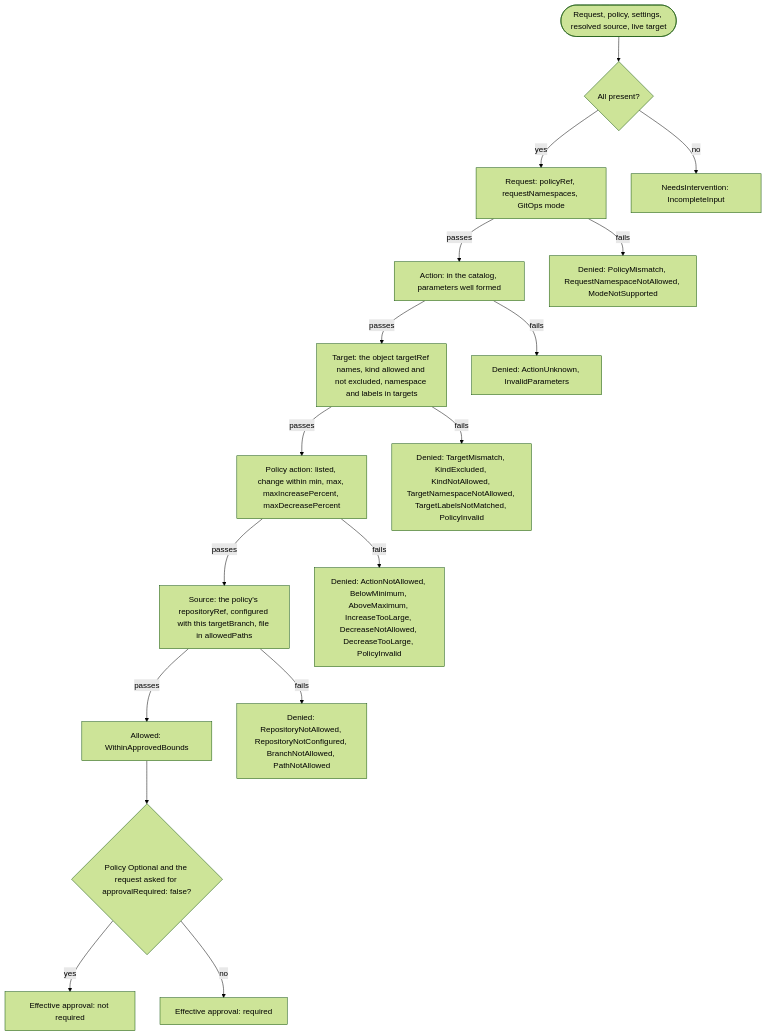
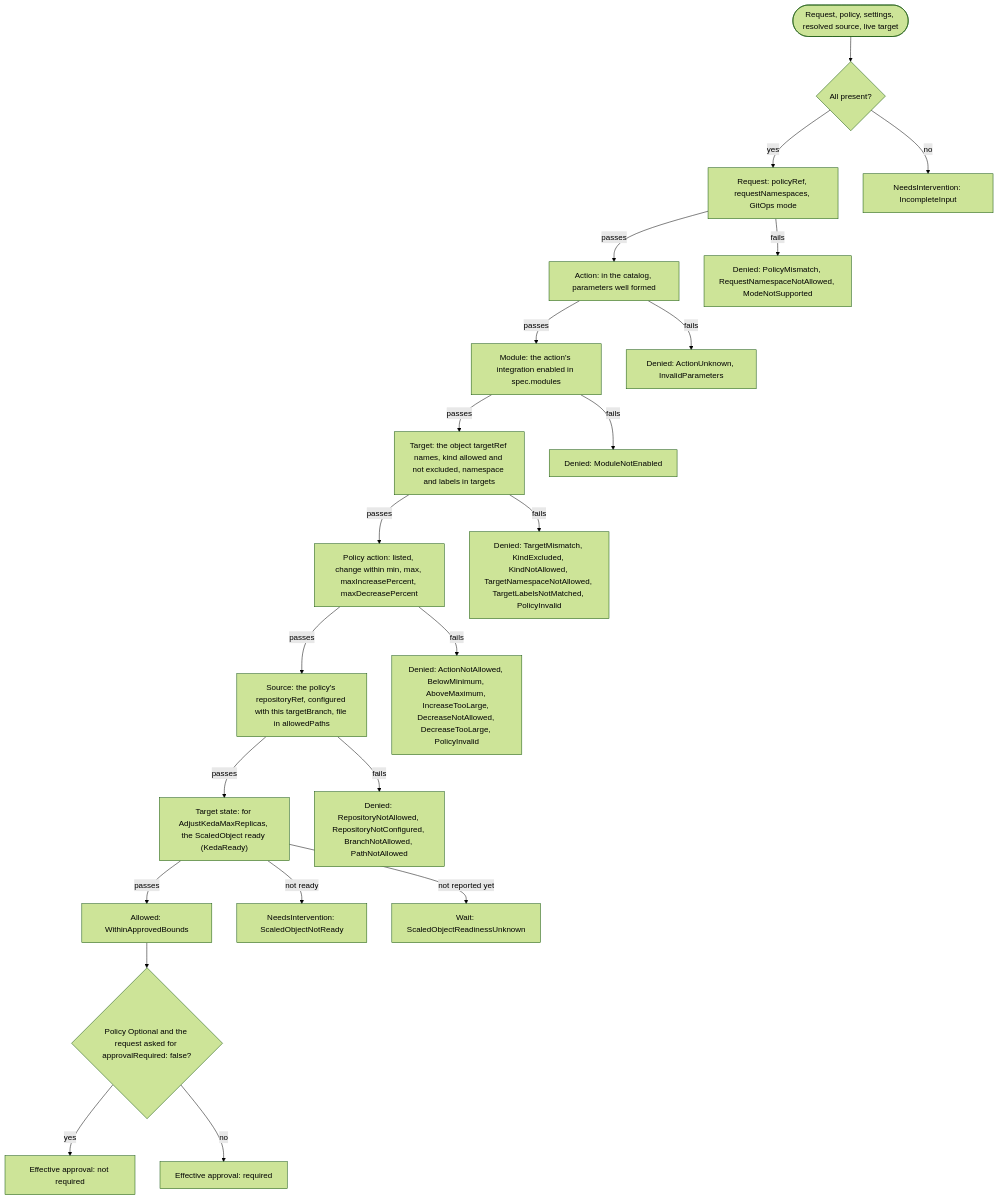
The second of 5 diagrams in docs/design.md (pkalin/shadewright), drawn with Mermaid (forest theme) before and after one commit. The commit also changed other lines of this file and 16 other files, not shown here.

````diff
--- a/docs/design.md
+++ b/docs/design.md
@@ -426,28 +426,35 @@
 ```mermaid
 flowchart TD
     start([Request, policy, settings, resolved source, live target])
     c0{All present?}
     c1["Request: policyRef, requestNamespaces, GitOps mode"]
     c2["Action: in the catalog, parameters well formed"]
+    c2m["Module: the action's integration enabled in spec.modules"]
     c3["Target: the object targetRef names, kind allowed and not excluded, namespace and labels in targets"]
     c4["Policy action: listed, change within min, max, maxIncreasePercent, maxDecreasePercent"]
     c5["Source: the policy's repositoryRef, configured with this targetBranch, file in allowedPaths"]
+    c6["Target state: for AdjustKedaMaxReplicas, the ScaledObject ready (KedaReady)"]
     ok[Allowed: WithinApprovedBounds]
     ap{"Policy Optional and the request asked for approvalRequired: false?"}
     start --> c0
     c0 -- yes --> c1
     c1 -- passes --> c2
-    c2 -- passes --> c3
+    c2 -- passes --> c2m
+    c2m -- passes --> c3
     c3 -- passes --> c4
     c4 -- passes --> c5
-    c5 -- passes --> ok
+    c5 -- passes --> c6
+    c6 -- passes --> ok
     ok --> ap
     ap -- yes --> auto[Effective approval: not required]
     ap -- no --> rev[Effective approval: required]
     c0 -- no --> ni[NeedsIntervention: IncompleteInput]
     c1 -- fails --> d1[Denied: PolicyMismatch, RequestNamespaceNotAllowed, ModeNotSupported]
     c2 -- fails --> d2[Denied: ActionUnknown, InvalidParameters]
     c3 -- fails --> d3[Denied: TargetMismatch, KindExcluded, KindNotAllowed, TargetNamespaceNotAllowed, TargetLabelsNotMatched, PolicyInvalid]
     c4 -- fails --> d4[Denied: ActionNotAllowed, BelowMinimum, AboveMaximum, IncreaseTooLarge, DecreaseNotAllowed, DecreaseTooLarge, PolicyInvalid]
     c5 -- fails --> d5[Denied: RepositoryNotAllowed, RepositoryNotConfigured, BranchNotAllowed, PathNotAllowed]
+    c2m -- fails --> d2m[Denied: ModuleNotEnabled]
+    c6 -- not ready --> n6[NeedsIntervention: ScaledObjectNotReady]
+    c6 -- not reported yet --> w6[Wait: ScaledObjectReadinessUnknown]
 ```
````
